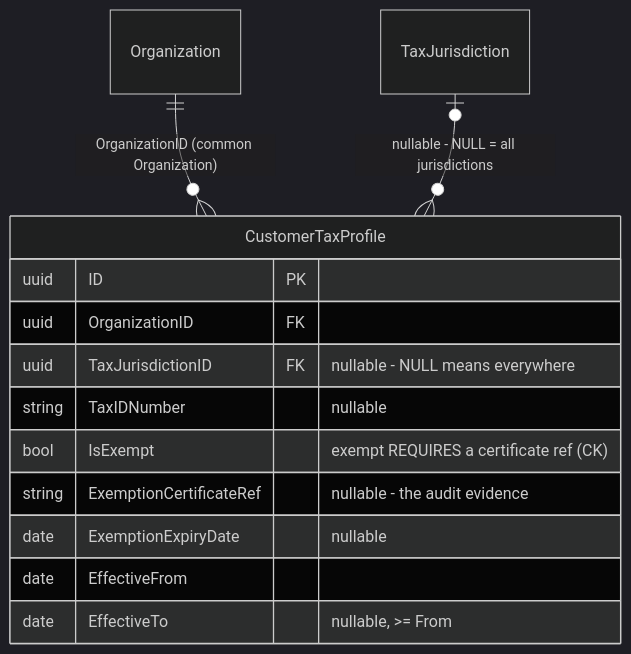
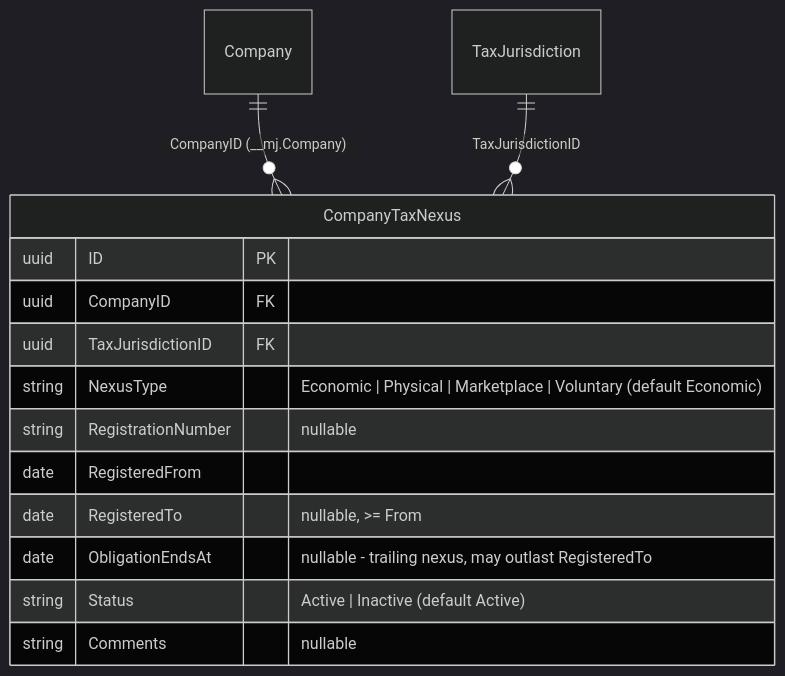
One commit to MemberJunction/bizapps-accounting changed diagram 11 of 12 in docs/bizapps-accounting-erd.md. Above: the diagram before and after it, drawn with Mermaid (dark theme). The commit also changed other lines of this file and 1 other file, not shown here.

````diff
--- a/docs/bizapps-accounting-erd.md
+++ b/docs/bizapps-accounting-erd.md
@@ -783,17 +805,18 @@
 ```mermaid
 erDiagram
-    Organization ||--o{ CustomerTaxProfile : "OrganizationID (common Organization)"
-    TaxJurisdiction |o--o{ CustomerTaxProfile : "nullable - NULL = all jurisdictions"
+    Company ||--o{ CompanyTaxNexus : "CompanyID (__mj.Company)"
+    TaxJurisdiction ||--o{ CompanyTaxNexus : "TaxJurisdictionID"
 
-    CustomerTaxProfile {
+    CompanyTaxNexus {
         uuid ID PK
-        uuid OrganizationID FK
-        uuid TaxJurisdictionID FK "nullable - NULL means everywhere"
-        string TaxIDNumber "nullable"
-        bool IsExempt "exempt REQUIRES a certificate ref (CK)"
-        string ExemptionCertificateRef "nullable - the audit evidence"
-        date ExemptionExpiryDate "nullable"
-        date EffectiveFrom
-        date EffectiveTo "nullable, >= From"
+        uuid CompanyID FK
+        uuid TaxJurisdictionID FK
+        string NexusType "Economic | Physical | Marketplace | Voluntary (default Economic)"
+        string RegistrationNumber "nullable"
+        date RegisteredFrom
+        date RegisteredTo "nullable, >= From"
+        date ObligationEndsAt "nullable - trailing nexus, may outlast RegisteredTo"
+        string Status "Active | Inactive (default Active)"
+        string Comments "nullable"
     }
 ```
````
